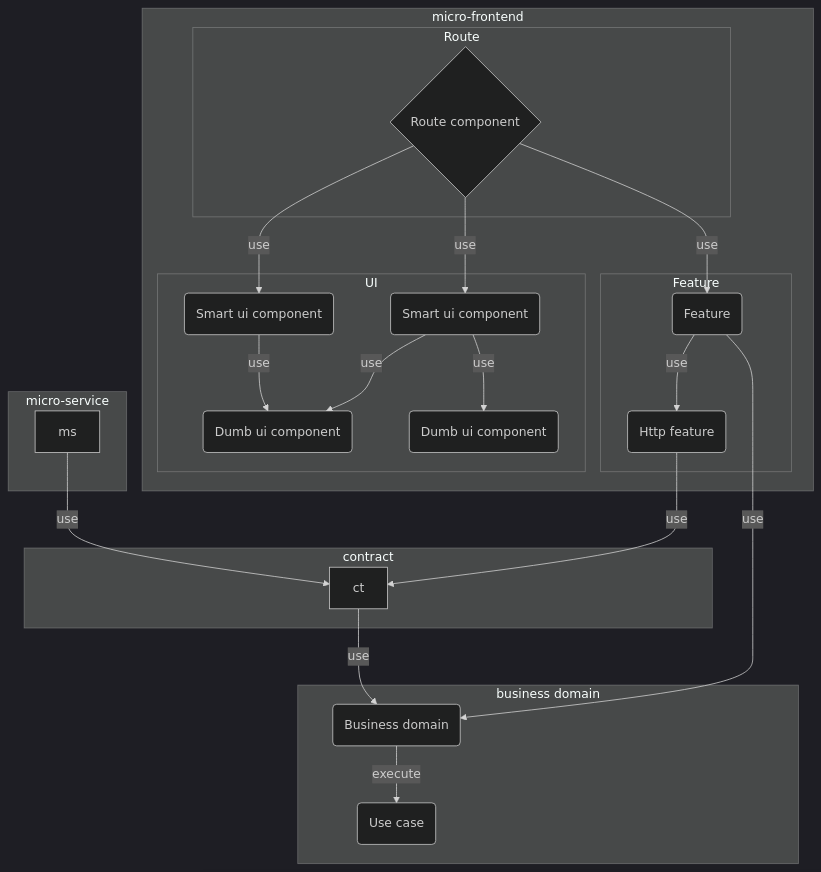
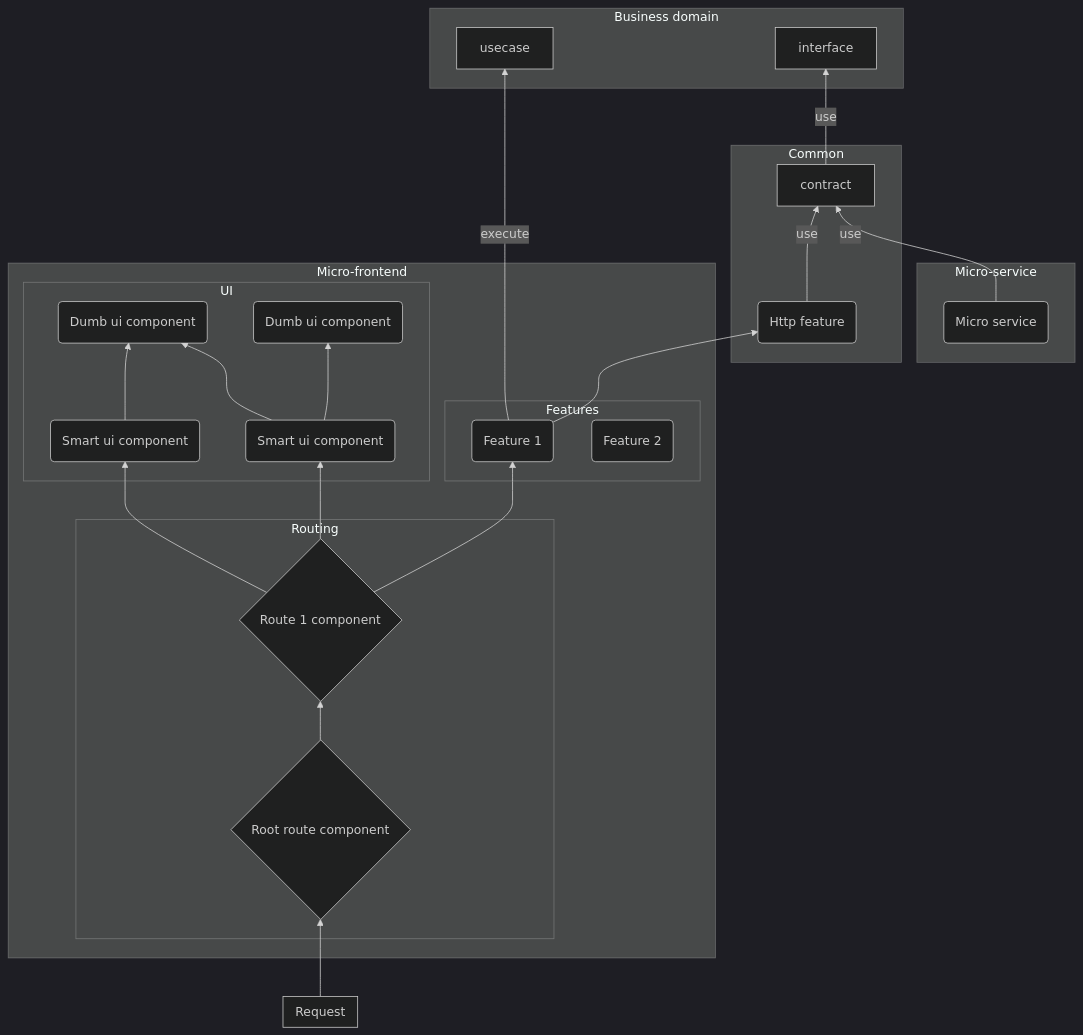
One commit to collettemathieu/clearsight changed the eighth of 8 diagrams in README.md. Above: the diagram before and after it, drawn with Mermaid (dark theme). The commit also changed other lines of this file, not shown here.

Commit message:
feat: add documentation graph

````diff
--- a/README.md
+++ b/README.md
@@ -140,35 +141,45 @@
 ```mermaid
-graph TD
-    subgraph business domain
-        bd
-        bduc
+graph BT
+    subgraph Business domain
+        usecase
+        interface
     end
-    bd(Business domain) -- execute --> bduc(Use case)
-    subgraph micro-frontend
-        subgraph Route
-            cp
+    subgraph Request
+    end
+    subgraph Common
+            httpFeature(Http feature)
+            contract
         end
-        subgraph Feature
-        cp -- use --> feature(Feature) -- use --> bd
-        feature -- use --> httpFeature(Http feature)
+    subgraph Micro-frontend
+        subgraph Routing
+            rtRootCpt{Root route component}
+            rtCpt1{Route 1 component}
+        end
+        subgraph Features
+            feature1(Feature 1)
+            feature2(Feature 2)
         end
         subgraph UI
-            suic1
-            duic1
-            suic2
-            duic2
+            suic1(Smart ui component)
+            duic1(Dumb ui component)
+            suic2(Smart ui component)
+            duic2(Dumb ui component)
         end
-                suic1(Smart ui component) -- use --> duic1(Dumb ui component)
-        suic1(Smart ui component) -- use --> duic2(Dumb ui component)
-        suic2(Smart ui component) -- use --> duic1(Dumb ui component)
-        cp{Route component} -- use --> suic1
-        cp{Route component} -- use --> suic2
     end
-    subgraph contract
-    httpFeature -- use --> ct
-    ct -- use --> bd
+    subgraph Micro-service
+        ms(Micro service)
     end
-    subgraph micro-service
-    ms -- use --> ct
-    end
+
+    Request --> rtRootCpt
+    rtRootCpt --> rtCpt1
+    rtCpt1 --> feature1 -- execute --> usecase
+    feature1 --> httpFeature
+    suic2 --> duic1
+    suic1 --> duic1
+    suic1 --> duic2
+    rtCpt1 --> suic1
+    rtCpt1 --> suic2
+    httpFeature -- use --> contract
+    contract -- use --> interface
+    ms -- use --> contract
 ```
````
